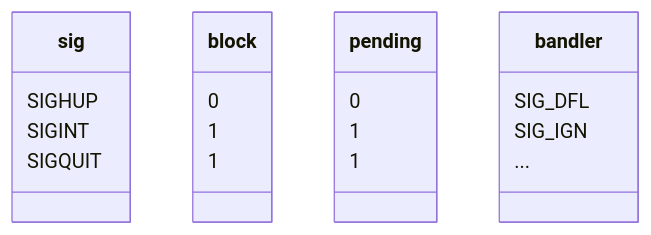
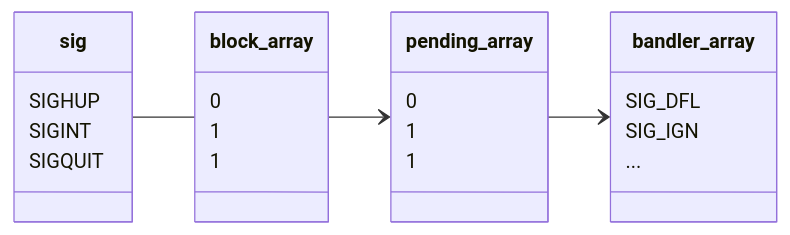
The diagram in Linux_System_Note/017+limou+2023_12_19+Linux的进程信号.md (xiaogithubooo/LimouLearnNote), drawn with Mermaid before and after one commit. The commit also changed other lines of this file and 59 other files, not shown here.

````diff
--- a/Linux_System_Note/017+limou+2023_12_19+Linux的进程信号.md
+++ b/Linux_System_Note/017+limou+2023_12_19+Linux的进程信号.md
@@ -525,23 +525,27 @@
 ```mermaid
 classDiagram
+  	direction LR
     class sig {
 		SIGHUP
 		SIGINT
 		SIGQUIT
     }
-    class block {
+    class block_array {
 		0
 		1
 		1
     }
-    class pending {
+    class pending_array {
 		0
 		1
 		1
     }
-    class bandler {
+    class bandler_array {
 		SIG_DFL
 		SIG_IGN
 		...
     }
+    sig -- block_array    
+    block_array --> pending_array
+    pending_array --> bandler_array
 ```
````
